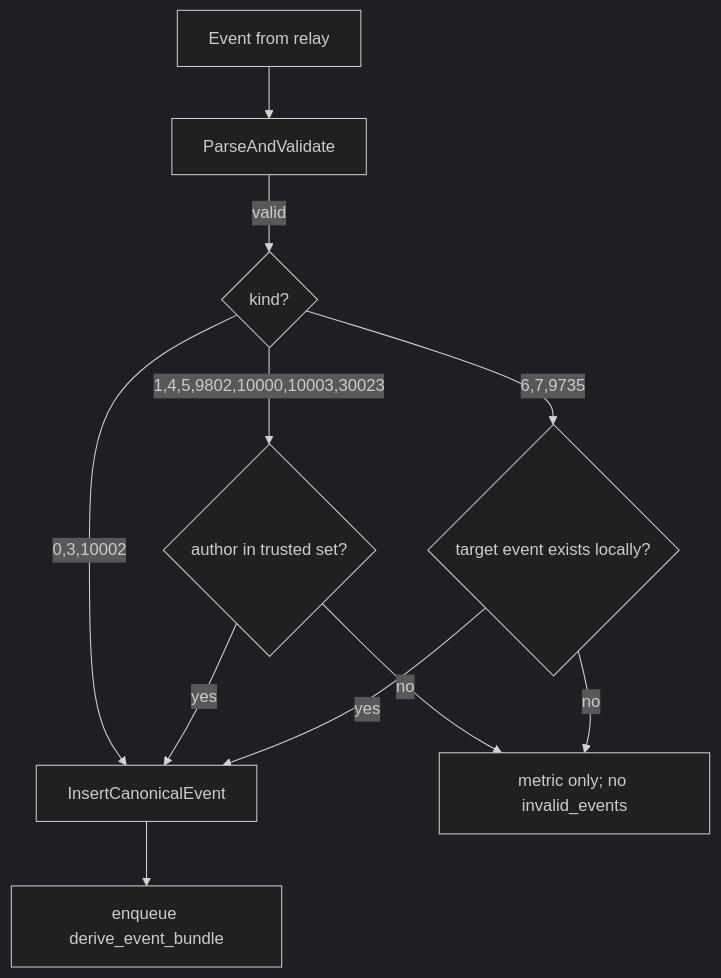
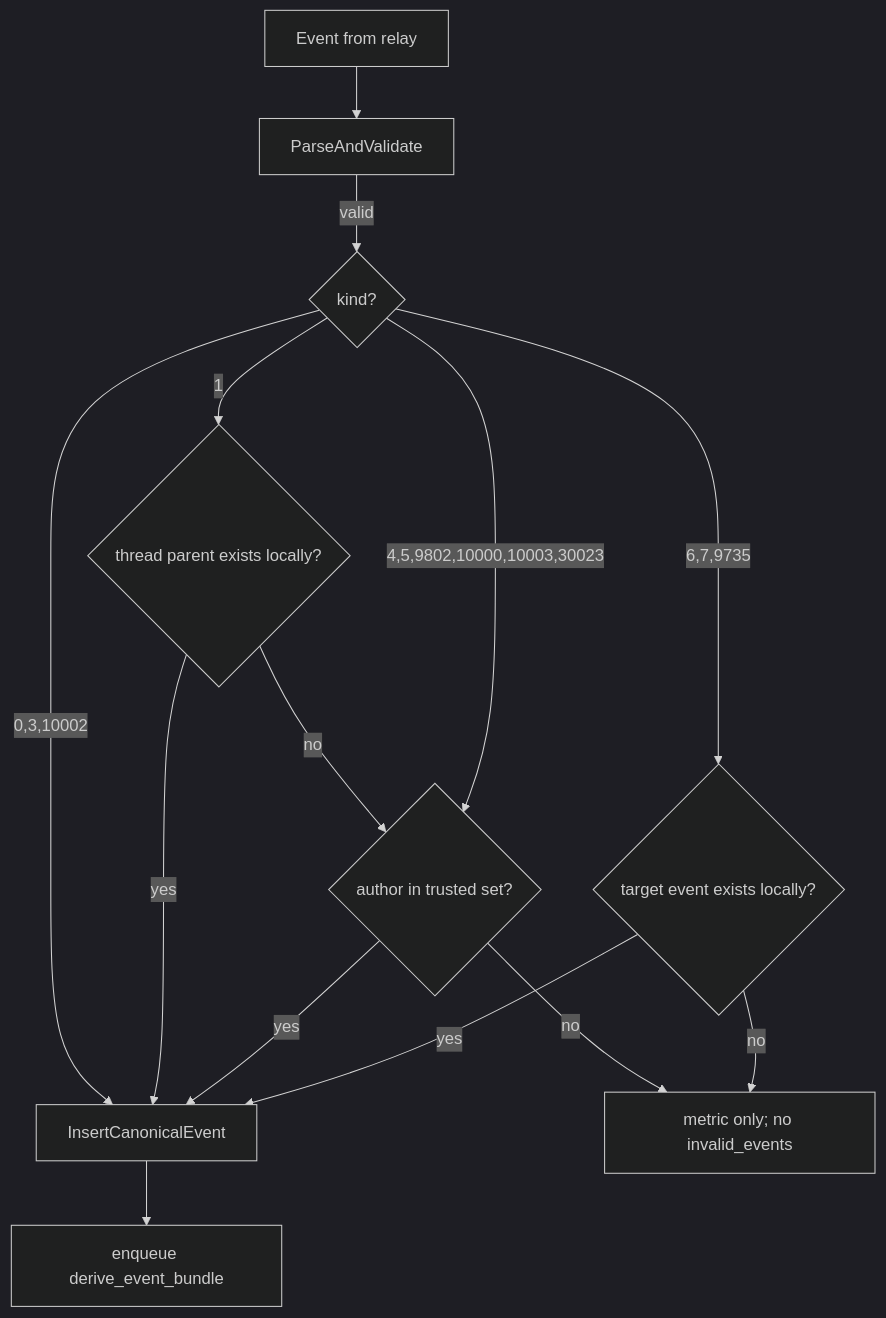
The diagram in docs/architecture/trust-bounded-ingest.md (xdzczk/nostrmash), drawn with Mermaid (dark theme) before and after one commit. The commit also changed other lines of this file and 38 other files, not shown here.

First line of the commit message:
Fix undercounted replies via parent-aligned counting, thread-wide Discover totals, and target-exists reply ingest.

````diff
--- a/docs/architecture/trust-bounded-ingest.md
+++ b/docs/architecture/trust-bounded-ingest.md
@@ -20,13 +21,16 @@
 ```mermaid
 flowchart TD
   E["Event from relay"] --> V["ParseAndValidate"]
   V -->|valid| K{"kind?"}
   K -->|"0,3,10002"| Store["InsertCanonicalEvent"]
-  K -->|"1,4,5,9802,10000,10003,30023"| T{"author in trusted set?"}
+  K -->|"1"| R{"thread parent exists locally?"}
+  R -->|yes| Store
+  R -->|no| T{"author in trusted set?"}
+  K -->|"4,5,9802,10000,10003,30023"| T
   T -->|yes| Store
   T -->|no| Drop["metric only; no invalid_events"]
   K -->|"6,7,9735"| Tgt{"target event exists locally?"}
   Tgt -->|yes| Store
   Tgt -->|no| Drop
   Store --> J["enqueue derive_event_bundle"]
 ```
````
